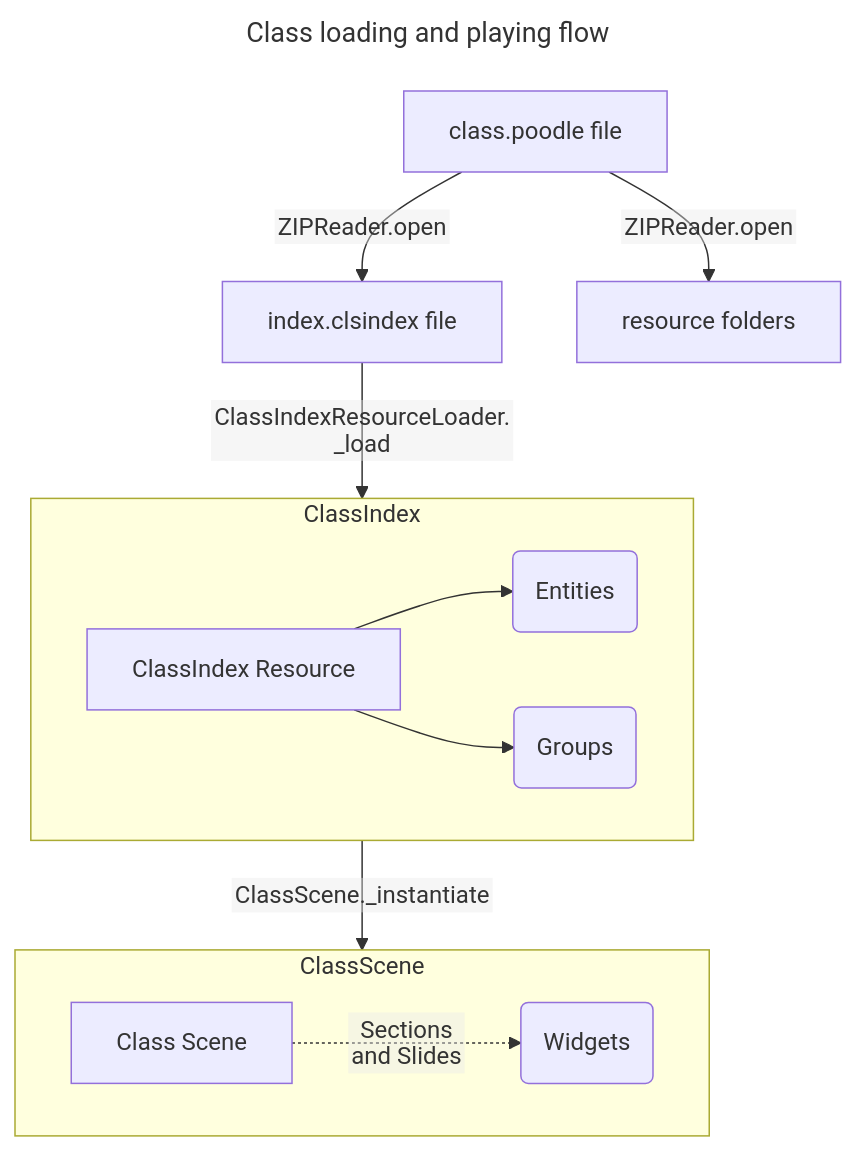
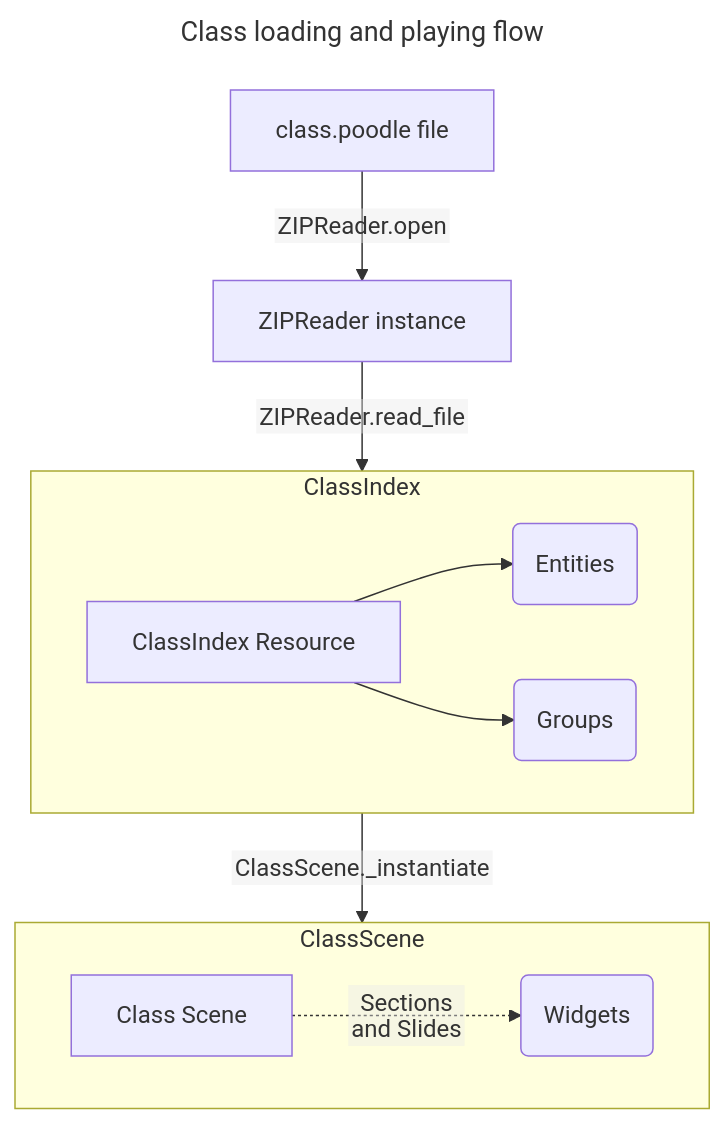
Before and after one commit to PuntitOwO/poodle: the first of 2 diagrams in docs/other/architecture.md, drawn with Mermaid. The commit also changed other lines of this file and 1 other file, not shown here.

````diff
--- a/docs/other/architecture.md
+++ b/docs/other/architecture.md
@@ -22,24 +22,23 @@
 ```mermaid
 ---
 title: Class loading and playing flow
 ---
 %%{init: {"flowchart": {"htmlLabels": false}} }%%
 flowchart TD
     subgraph ci[ClassIndex]
         direction LR
         resource[ClassIndex Resource] --> e(Entities) & g(Groups)
     end
     subgraph scene[ClassScene]
         direction LR
         s[Class Scene] 
         -. Sections<br>and Slides .-> w(Widgets)
     end
     file["`class.poodle file`"]
-    index["`index.clsindex file`"]
-    files[resource folders]
+    zip["`ZIPReader instance`"]
     
-    file --> |ZIPReader.open|index & files
-    index --> |ClassIndexResourceLoader._load|ci
+    file --> |ZIPReader.open|zip
+    zip --> |ZIPReader.read_file|ci
     --> |ClassScene._instantiate|scene
 
 ```
````
